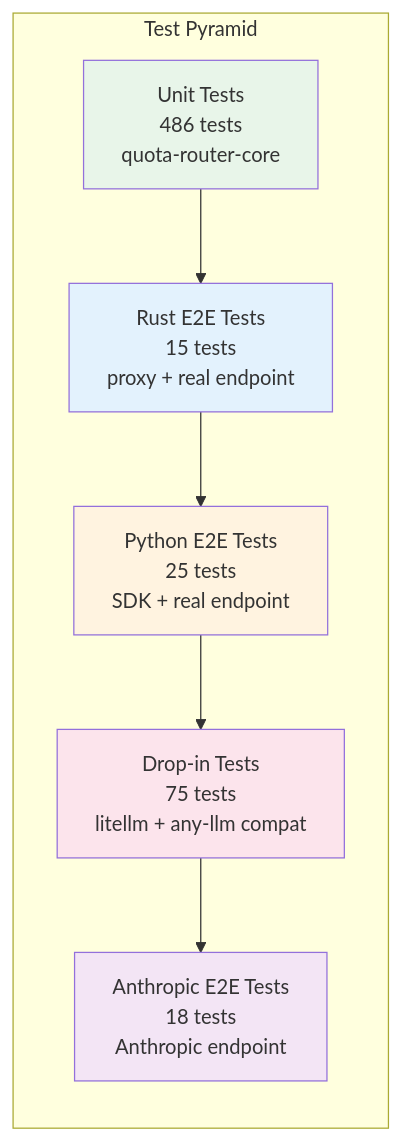
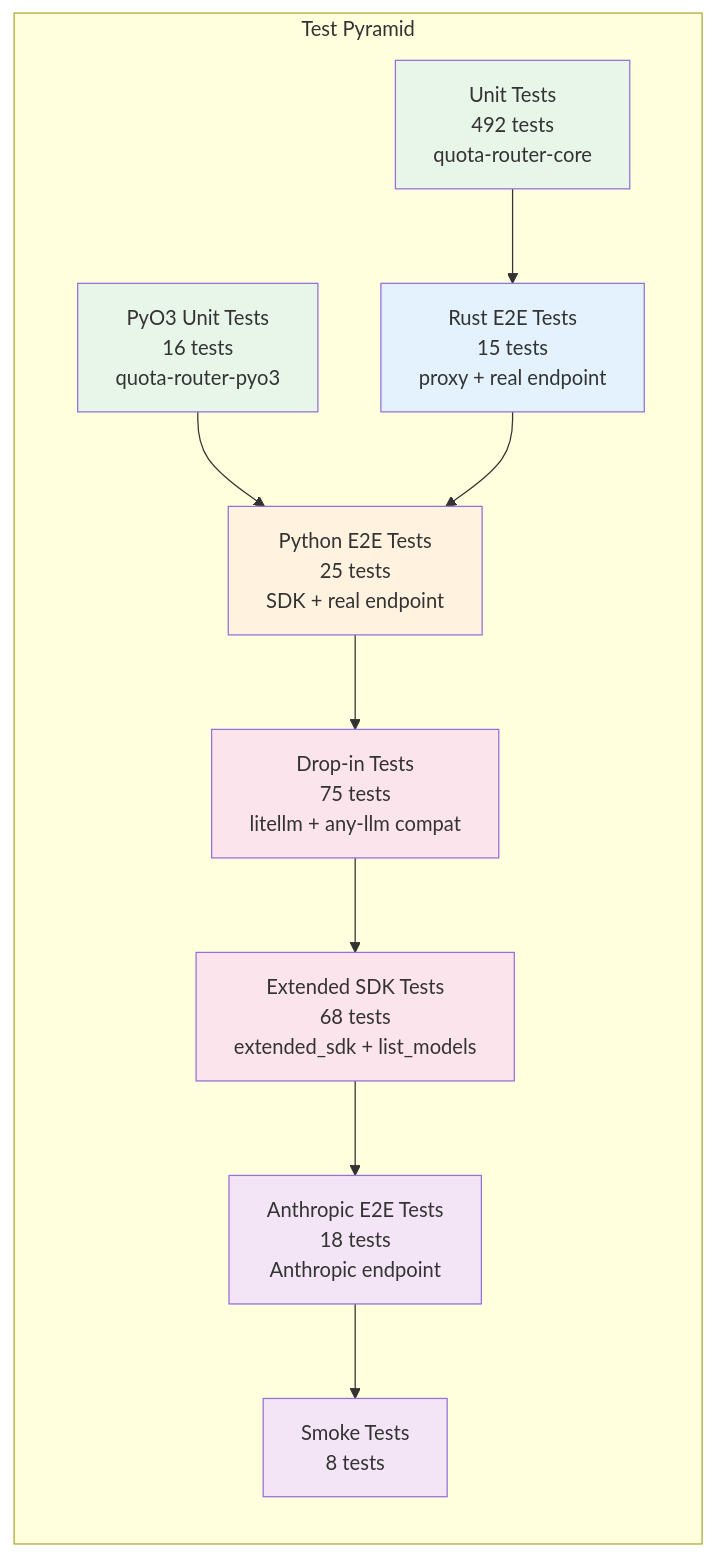
Diagram 19 of 19 in docs/architecture/quota-router-architecture.md (CipherOcto/cipherocto), drawn with Mermaid before and after one commit. The commit also changed other lines of this file, not shown here.

Commit message:
Adversarial review R2: fix SDK function modes (22 rows), module count 26->27, add routing strategies section, annotate feature-gated modules

````diff
--- a/docs/architecture/quota-router-architecture.md
+++ b/docs/architecture/quota-router-architecture.md
@@ -1108,22 +1128,31 @@
 ```mermaid
 graph TB
     subgraph Tests["Test Pyramid"]
         direction TB
-        T1["Unit Tests<br/>486 tests<br/>quota-router-core"]
-        T2["Rust E2E Tests<br/>15 tests<br/>proxy + real endpoint"]
-        T3["Python E2E Tests<br/>25 tests<br/>SDK + real endpoint"]
-        T4["Drop-in Tests<br/>75 tests<br/>litellm + any-llm compat"]
-        T5["Anthropic E2E Tests<br/>18 tests<br/>Anthropic endpoint"]
+        T1["Unit Tests<br/>492 tests<br/>quota-router-core"]
+        T2["PyO3 Unit Tests<br/>16 tests<br/>quota-router-pyo3"]
+        T3["Rust E2E Tests<br/>15 tests<br/>proxy + real endpoint"]
+        T4["Python E2E Tests<br/>25 tests<br/>SDK + real endpoint"]
+        T5["Drop-in Tests<br/>75 tests<br/>litellm + any-llm compat"]
+        T6["Extended SDK Tests<br/>68 tests<br/>extended_sdk + list_models"]
+        T7["Anthropic E2E Tests<br/>18 tests<br/>Anthropic endpoint"]
+        T8["Smoke Tests<br/>8 tests"]
     end
 
-    T1 --> T2
-    T2 --> T3
+    T1 --> T3
+    T2 --> T4
     T3 --> T4
     T4 --> T5
+    T5 --> T6
+    T6 --> T7
+    T7 --> T8
 
     style T1 fill:#e8f5e9
-    style T2 fill:#e3f2fd
-    style T3 fill:#fff3e0
-    style T4 fill:#fce4ec
-    style T5 fill:#f3e5f5
+    style T2 fill:#e8f5e9
+    style T3 fill:#e3f2fd
+    style T4 fill:#fff3e0
+    style T5 fill:#fce4ec
+    style T6 fill:#fce4ec
+    style T7 fill:#f3e5f5
+    style T8 fill:#f3e5f5
 ```
````
